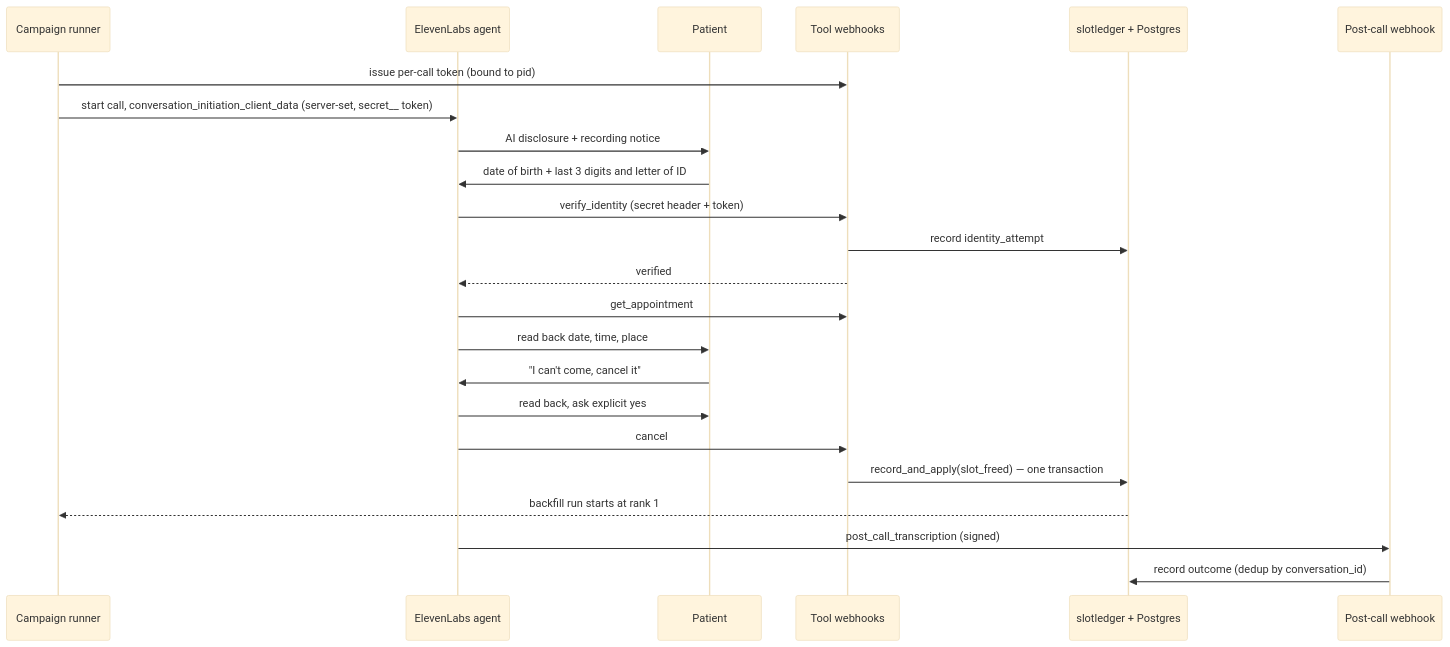
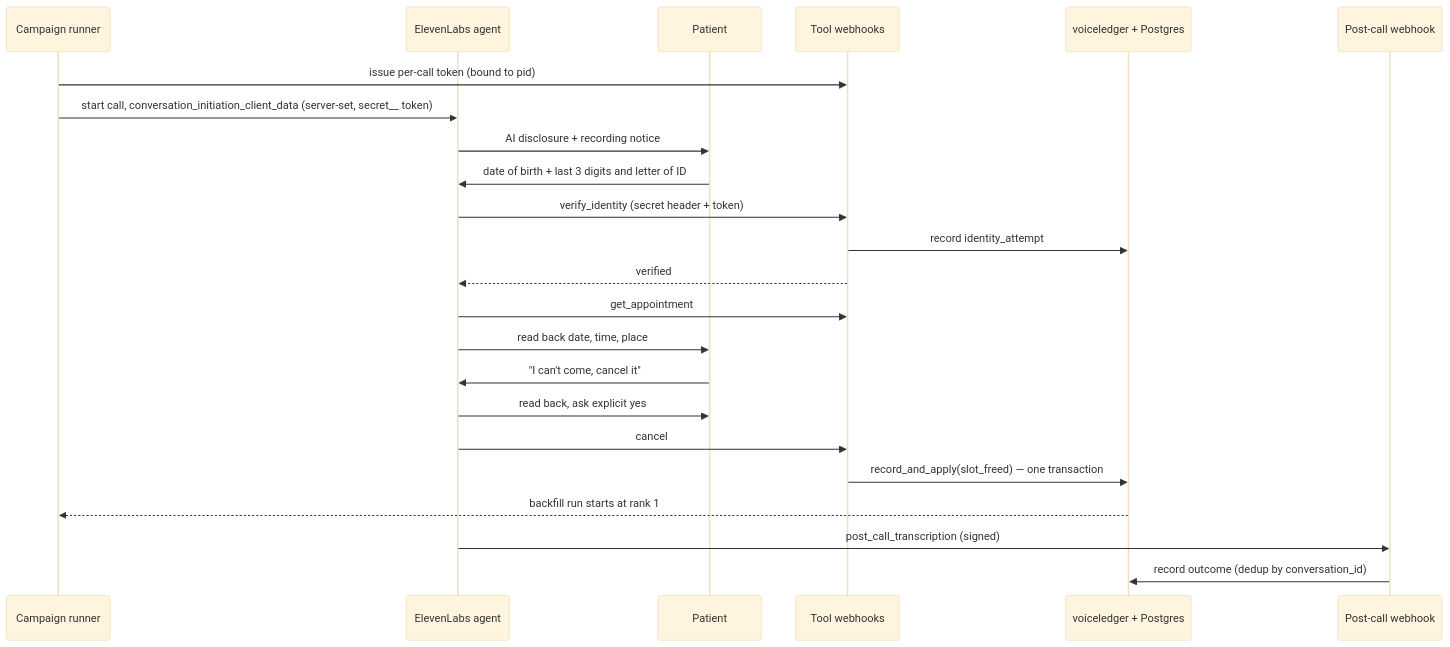
Before and after one commit to digvijaysingh-ai/slotback: the second of 3 diagrams in docs/05_solution_design.md, drawn with Mermaid (base theme). The commit also changed other lines of this file and 29 other files, not shown here.

````diff
--- a/docs/05_solution_design.md
+++ b/docs/05_solution_design.md
@@ -131,26 +131,26 @@
 ```mermaid
 sequenceDiagram
     participant C as Campaign runner
     participant E as ElevenLabs agent
     participant P as Patient
     participant T as Tool webhooks
-    participant L as slotledger + Postgres
+    participant L as voiceledger + Postgres
     participant H as Post-call webhook
 
     C->>T: issue per-call token (bound to pid)
     C->>E: start call, conversation_initiation_client_data (server-set, secret__ token)
     E->>P: AI disclosure + recording notice
     P->>E: date of birth + last 3 digits and letter of ID
     E->>T: verify_identity (secret header + token)
     T->>L: record identity_attempt
     T-->>E: verified
     E->>T: get_appointment
     E->>P: read back date, time, place
     P->>E: "I can't come, cancel it"
     E->>P: read back, ask explicit yes
     E->>T: cancel
     T->>L: record_and_apply(slot_freed) — one transaction
     L-->>C: backfill run starts at rank 1
     E->>H: post_call_transcription (signed)
     H->>L: record outcome (dedup by conversation_id)
 ```
````
